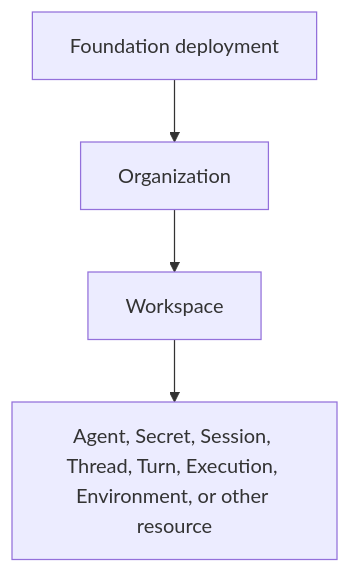
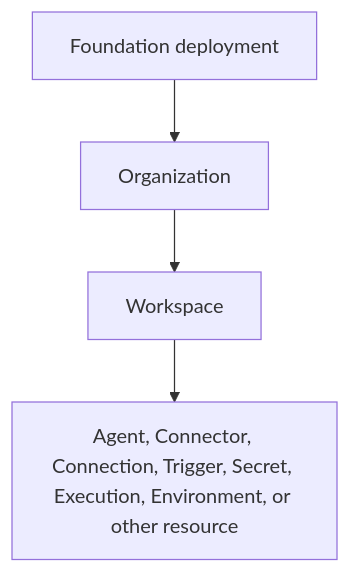
One commit to converge-ai-labs/agent-foundation changed the diagram in spec/foundation-service/04-identity-and-access-management.md. Above: the diagram before and after it, drawn with Mermaid. The commit also changed other lines of this file and 9 other files, not shown here.

````diff
--- a/spec/foundation-service/04-identity-and-access-management.md
+++ b/spec/foundation-service/04-identity-and-access-management.md
@@ -23,9 +24,9 @@
 ```mermaid
 flowchart TB
     Deployment[Foundation deployment]
     Organization[Organization]
     Workspace[Workspace]
-    Resource[Agent, Secret, Session, Thread, Turn, Execution, Environment, or other resource]
+    Resource[Agent, Connector, Connection, Trigger, Secret, Execution, Environment, or other resource]
 
     Deployment --> Organization --> Workspace --> Resource
 ```
````
